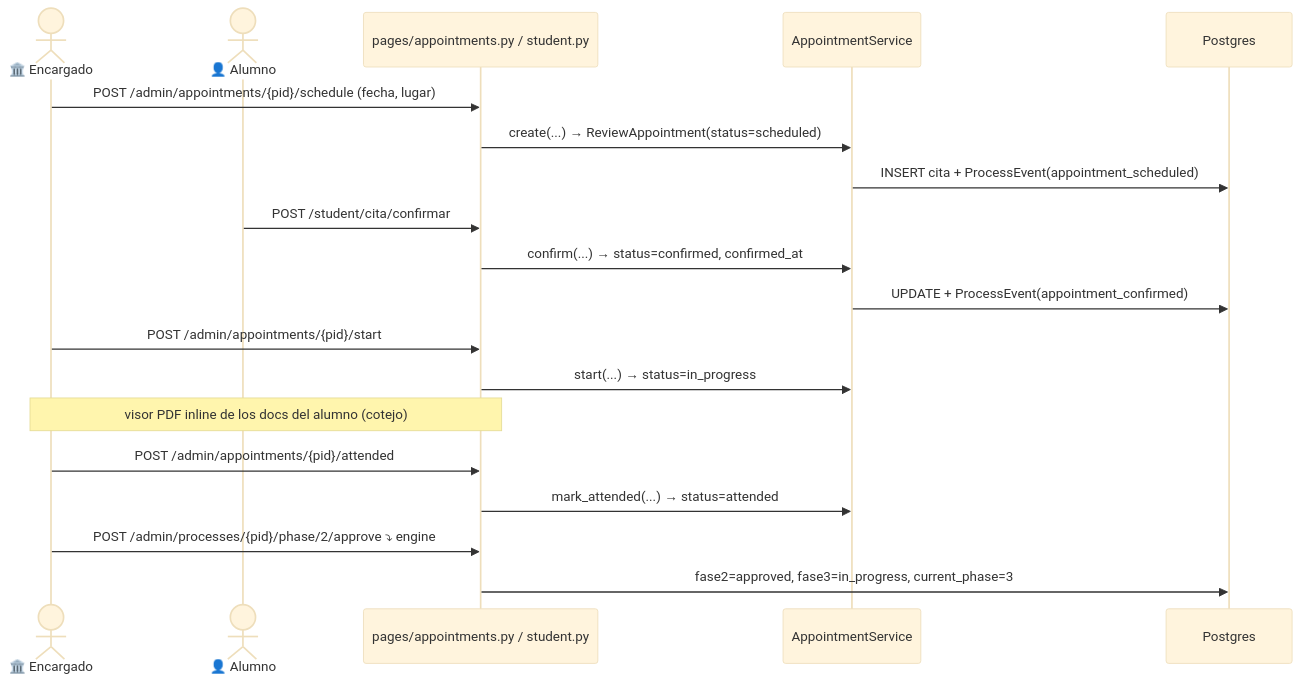
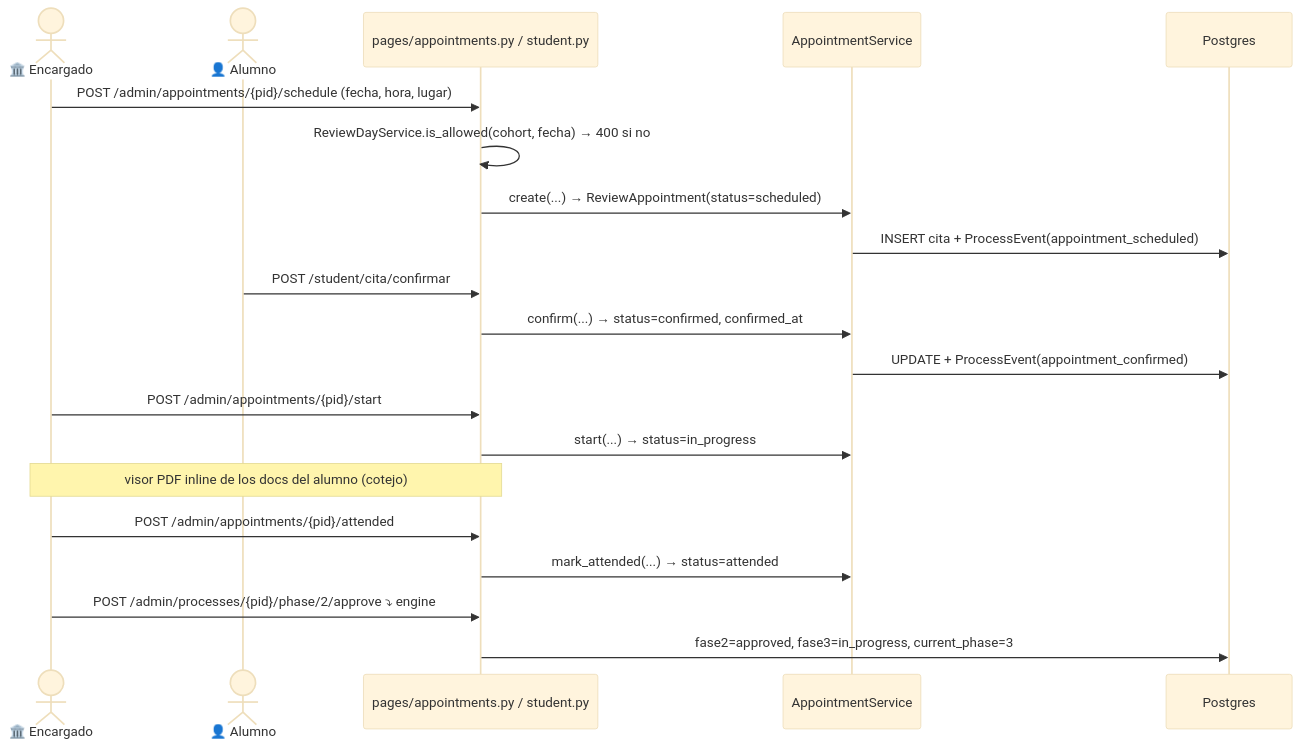
Before and after one commit to Erne1357/itcj: the diagram in itcj2/apps/titulatec/docs/flows/phase2_appointment_loop.md, drawn with Mermaid (base theme). The commit also changed other lines of this file and 14 other files, not shown here.

````diff
--- a/itcj2/apps/titulatec/docs/flows/phase2_appointment_loop.md
+++ b/itcj2/apps/titulatec/docs/flows/phase2_appointment_loop.md
@@ -31,21 +41,22 @@
 ```mermaid
 sequenceDiagram
     actor S as 🏛️ Encargado
     actor U as 👤 Alumno
     participant API as pages/appointments.py / student.py
     participant SVC as AppointmentService
     participant DB as Postgres
-    S->>API: POST /admin/appointments/{pid}/schedule (fecha, lugar)
+    S->>API: POST /admin/appointments/{pid}/schedule (fecha, hora, lugar)
+    API->>API: ReviewDayService.is_allowed(cohort, fecha) → 400 si no
     API->>SVC: create(...) → ReviewAppointment(status=scheduled)
     SVC->>DB: INSERT cita + ProcessEvent(appointment_scheduled)
     U->>API: POST /student/cita/confirmar
     API->>SVC: confirm(...) → status=confirmed, confirmed_at
     SVC->>DB: UPDATE + ProcessEvent(appointment_confirmed)
     S->>API: POST /admin/appointments/{pid}/start
     API->>SVC: start(...) → status=in_progress
     Note over S,API: visor PDF inline de los docs del alumno (cotejo)
     S->>API: POST /admin/appointments/{pid}/attended
     API->>SVC: mark_attended(...) → status=attended
     S->>API: POST /admin/processes/{pid}/phase/2/approve  ⤵ engine
     API->>DB: fase2=approved, fase3=in_progress, current_phase=3
 ```
````
